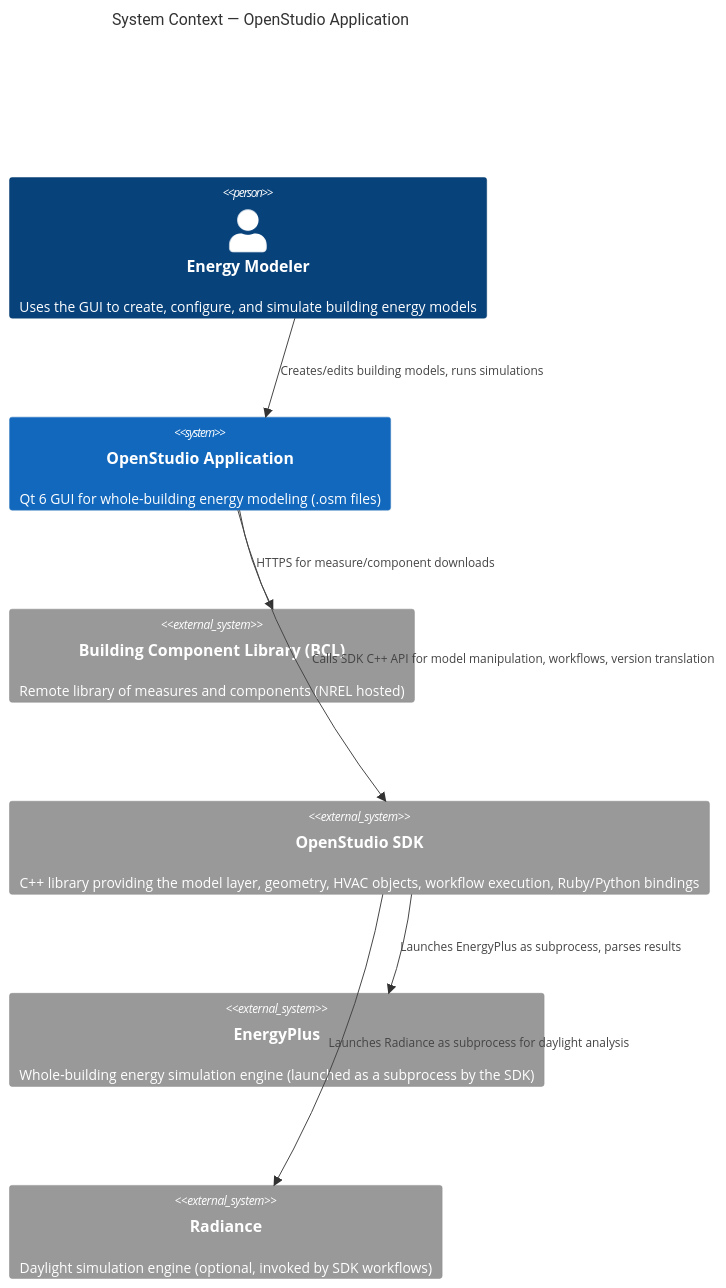
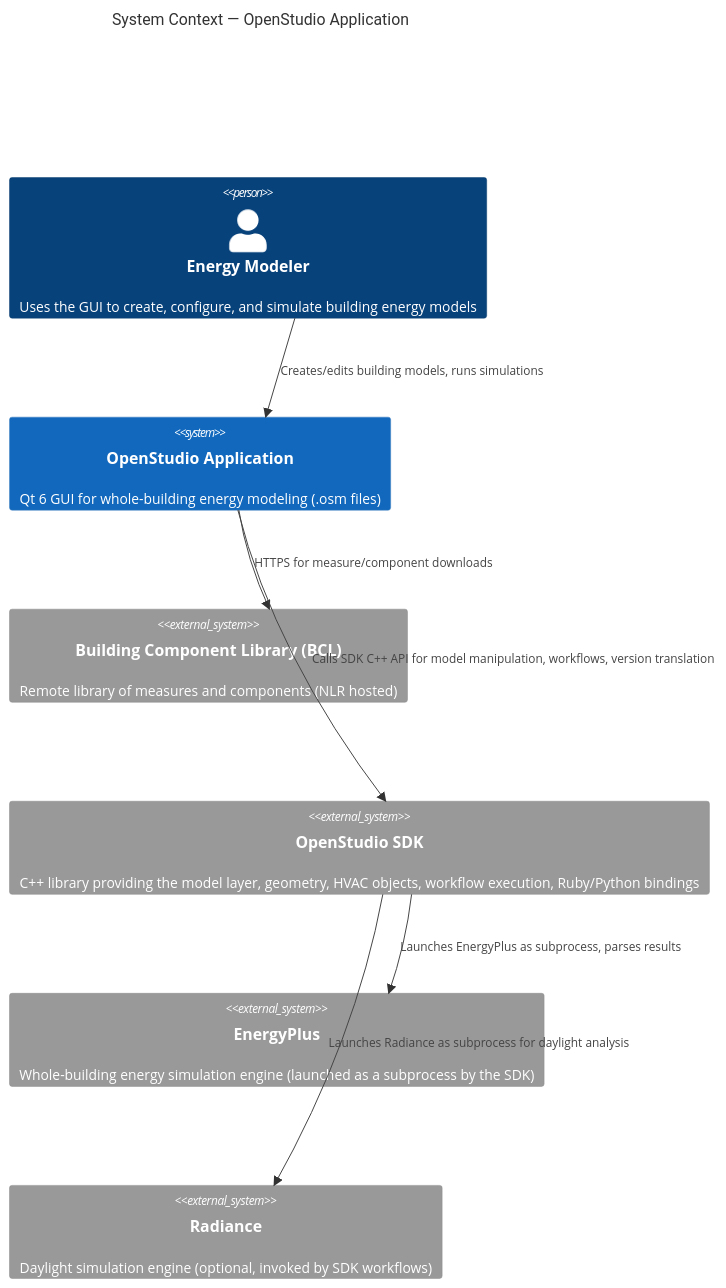
One commit to openstudiocoalition/OpenStudioApplication changed the first of 4 diagrams in developer/doc/architecture.md. Above: the diagram before and after it, drawn with Mermaid. The commit also changed other lines of this file and 9 other files, not shown here.

Commit message:
More updates nrel -> nlr

````diff
--- a/developer/doc/architecture.md
+++ b/developer/doc/architecture.md
@@ -36,18 +36,18 @@
 ```mermaid
 C4Context
   title System Context — OpenStudio Application
 
   Person(user, "Energy Modeler", "Uses the GUI to create, configure, and simulate building energy models")
 
   System(app, "OpenStudio Application", "Qt 6 GUI for whole-building energy modeling (.osm files)")
-  System_Ext(bcl, "Building Component Library (BCL)", "Remote library of measures and components (NREL hosted)")
+  System_Ext(bcl, "Building Component Library (BCL)", "Remote library of measures and components (NLR hosted)")
   System_Ext(sdk, "OpenStudio SDK", "C++ library providing the model layer, geometry, HVAC objects, workflow execution, Ruby/Python bindings")
   System_Ext(eplus, "EnergyPlus", "Whole-building energy simulation engine (launched as a subprocess by the SDK)")
   System_Ext(radiance, "Radiance", "Daylight simulation engine (optional, invoked by SDK workflows)")
 
   Rel(user, app, "Creates/edits building models, runs simulations")
   Rel(app, bcl, "HTTPS for measure/component downloads")
   Rel(app, sdk, "Calls SDK C++ API for model manipulation, workflows, version translation")
   Rel(sdk, eplus, "Launches EnergyPlus as subprocess, parses results")
   Rel(sdk, radiance, "Launches Radiance as subprocess for daylight analysis")
 ```
````
